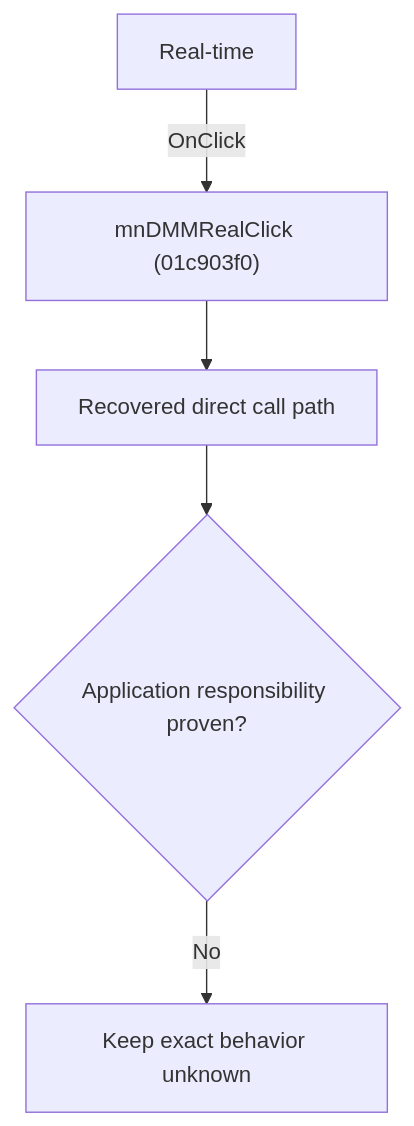
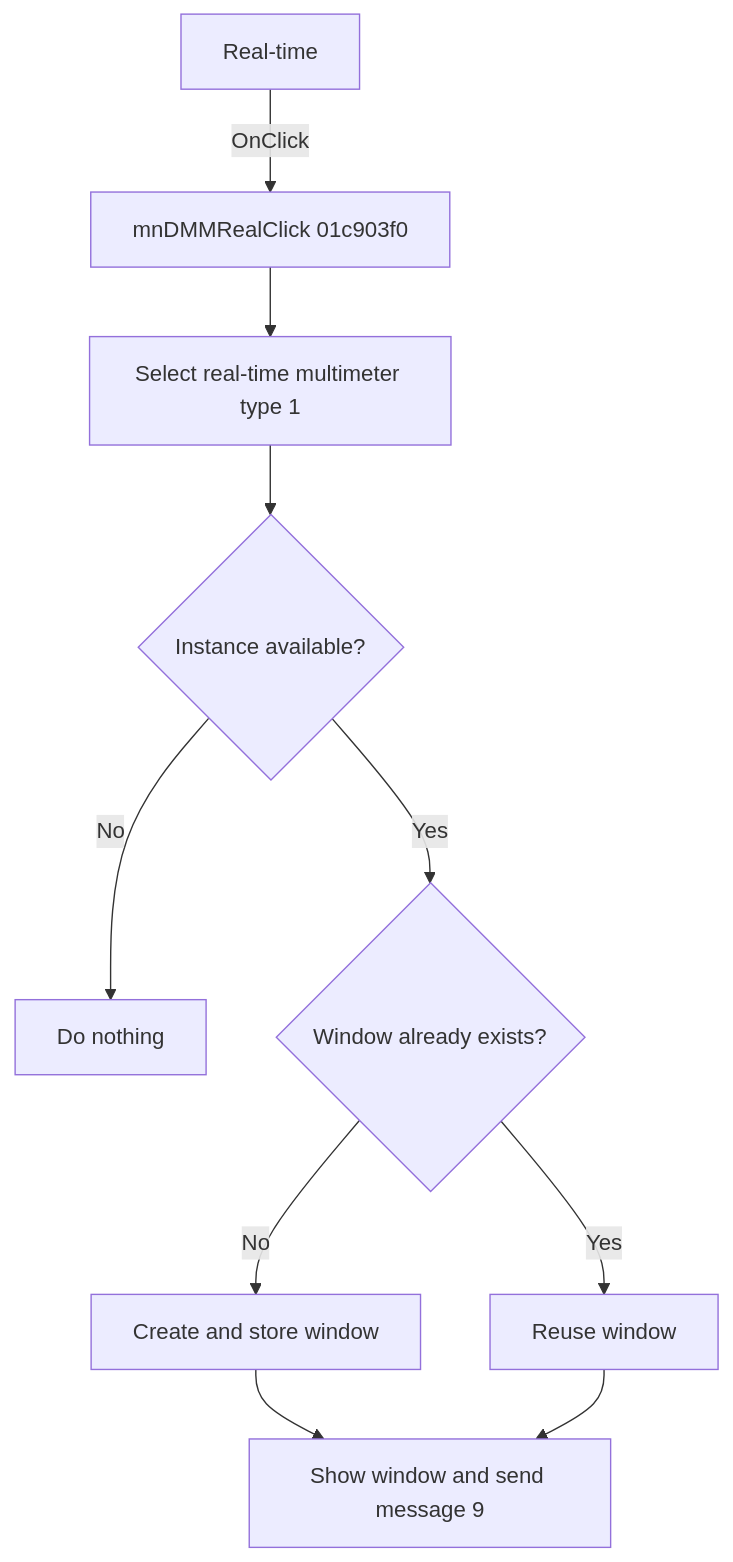
Before and after one commit to MovGP0/TIARA: the diagram in docs/ui-controls/schematiceditor/mndmmreal-eee7b053e6.md, drawn with Mermaid. The commit also changed other lines of this file and 241 other files, not shown here.

````diff
--- a/docs/ui-controls/schematiceditor/mndmmreal-eee7b053e6.md
+++ b/docs/ui-controls/schematiceditor/mndmmreal-eee7b053e6.md
@@ -27,7 +22,12 @@
 ```mermaid
 flowchart TD
-    control["Real-time"] -->|"OnClick"| handler["mnDMMRealClick (01c903f0)"]
-    handler --> recovered["Recovered direct call path"]
-    recovered --> gap{"Application responsibility proven?"}
-    gap -->|"No"| blocked["Keep exact behavior unknown"]
+    control["Real-time"] -->|"OnClick"| handler["mnDMMRealClick 01c903f0"]
+    handler --> coordinator["Select real-time multimeter type 1"]
+    coordinator --> available{"Instance available?"}
+    available -->|"No"| noOp["Do nothing"]
+    available -->|"Yes"| slot{"Window already exists?"}
+    slot -->|"No"| create["Create and store window"]
+    slot -->|"Yes"| reuse["Reuse window"]
+    create --> show["Show window and send message 9"]
+    reuse --> show
 ```
````
